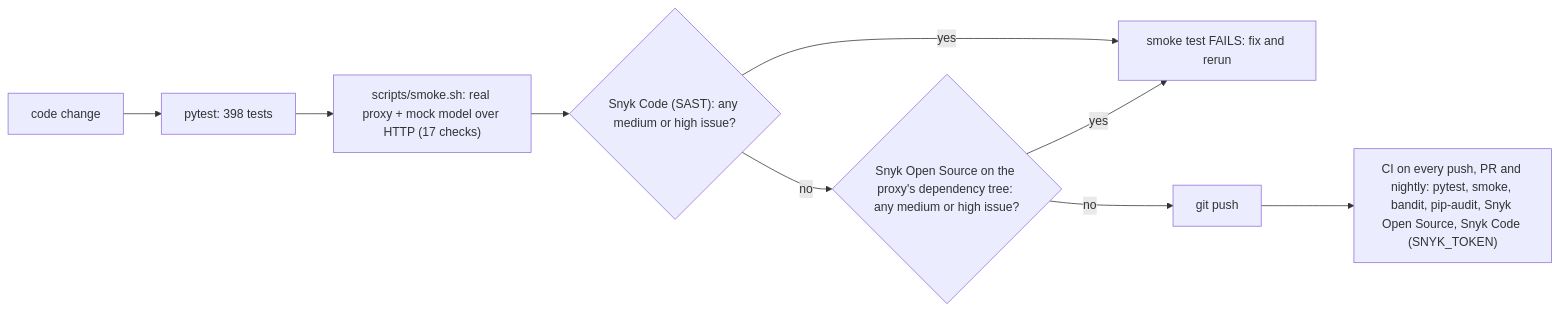
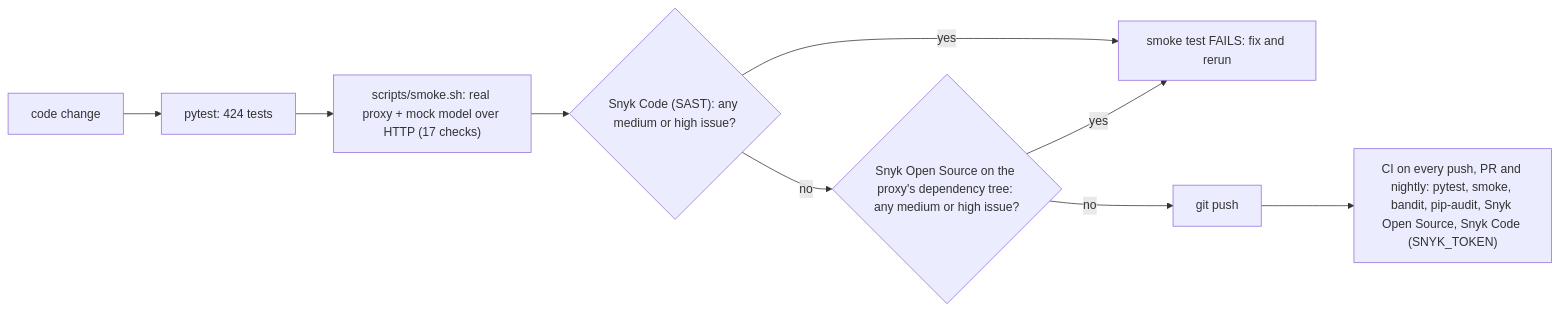
The diagram in README.md (leocagli/airlock), drawn with Mermaid before and after one commit. The commit also changed other lines of this file and 5 other files, not shown here.

````diff
--- a/README.md
+++ b/README.md
@@ -149,11 +157,11 @@
 ```mermaid
 flowchart LR
-  A[code change] --> B[pytest: 398 tests]
+  A[code change] --> B[pytest: 424 tests]
   B --> C["scripts/smoke.sh: real proxy + mock model over HTTP (17 checks)"]
   C --> D{"Snyk Code (SAST): any medium or high issue?"}
   D -- yes --> X[smoke test FAILS: fix and rerun]
   D -- no --> E{"Snyk Open Source on the proxy's dependency tree: any medium or high issue?"}
   E -- yes --> X
   E -- no --> F[git push]
   F --> G["CI on every push, PR and nightly: pytest, smoke, bandit, pip-audit, Snyk Open Source, Snyk Code (SNYK_TOKEN)"]
 ```
````
